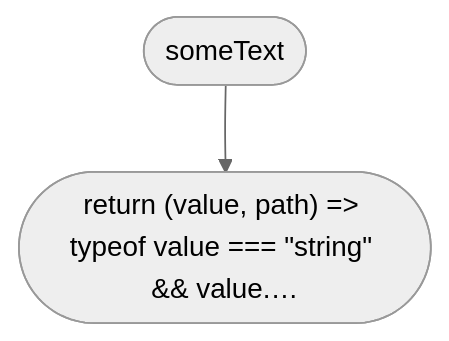
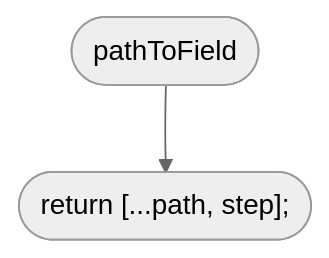
The sixth of 38 diagrams in docs/flows/src/place/parse.md (NewDara-Star/world-engine), drawn with Mermaid (neutral theme) before and after one commit. The commit also changed other lines of this file and 18 other files, not shown here.

````diff
--- a/docs/flows/src/place/parse.md
+++ b/docs/flows/src/place/parse.md
@@ -48,6 +98,6 @@
 ```mermaid
 flowchart TD
-  n1(["someText"])
-  n2(["return (value, path) =#gt; typeof value === #quot;string#quot; && value.…"])
+  n1(["pathToField"])
+  n2(["return [...path, step];"])
   n1 --> n2
 ```
````
